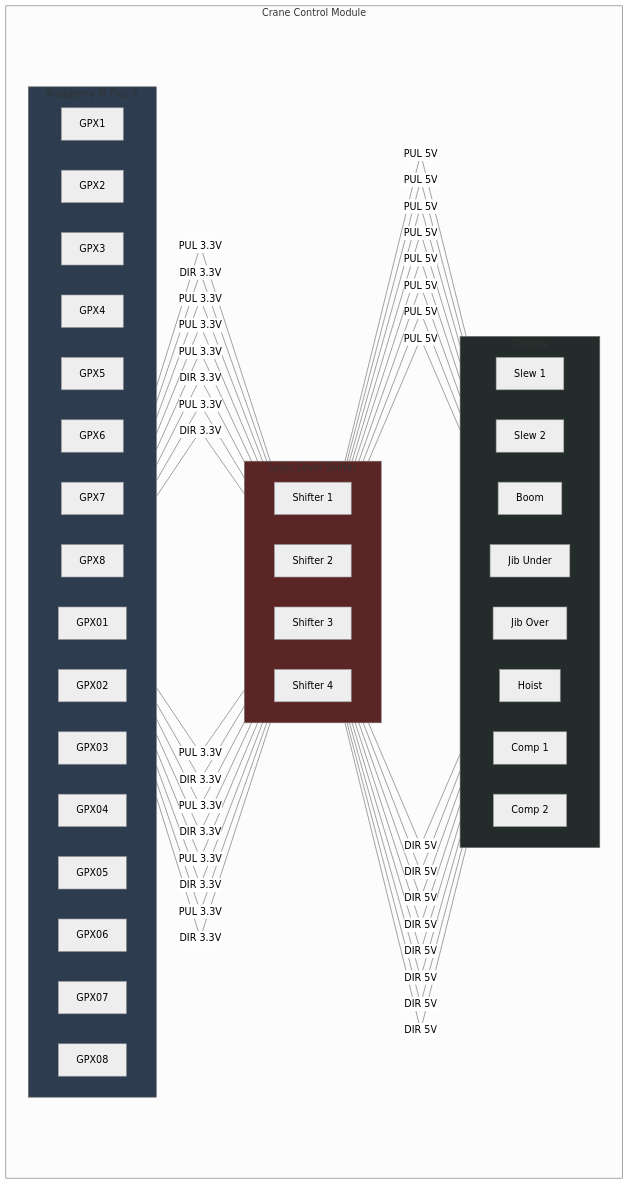
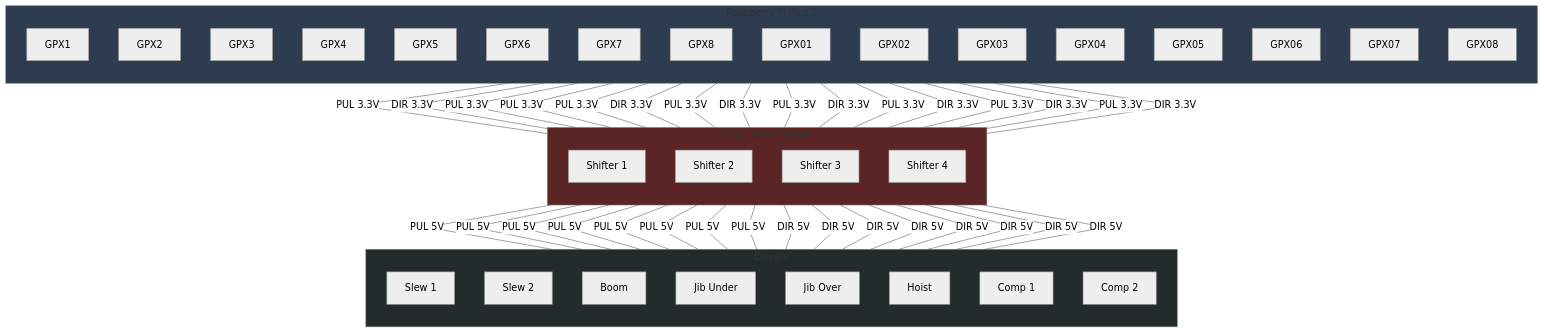
Before and after one commit to lyngstad-armin/scale-crane-electric-wire-luffing: the first of 5 diagrams in README_typhora.md, drawn with Mermaid (neutral theme). The commit also changed other lines of this file, not shown here.

Commit message:
Testing different formatting

```diff
--- a/README_typhora.md
+++ b/README_typhora.md
@@ -11,7 +11,7 @@
 flowchart TB
 
 subgraph DM320[Drivers]
-    direction LR
+    direction TB
 
     DM1[Slew 1]
     DM2[Slew 2]
@@ -24,7 +24,7 @@
 end
 
 subgraph LLS[Logic Level Shifter]
-    direction LR
+    direction TB
 
     LLS1[Shifter 1]
     LLS2[Shifter 2]
@@ -33,7 +33,7 @@
 end
 
 subgraph PICO[Raspberry Pi Pico 2]
-    direction LR
+    direction TB
 
     GPX1
     GPX2
@@ -54,11 +54,12 @@
 end
 
 
-subgraph CCM[Crane Control Module]
-      PICO
-      LLS
-      DM320
-end
+%%subgraph CCM[Crane Control Module]
+%%    direction TB
+%%      PICO
+%%      LLS
+%%      DM320
+%%end
 
 
 %% LOGIC LEVEL SHIFTER (5V) TO MOTOR DRIVERS
```
